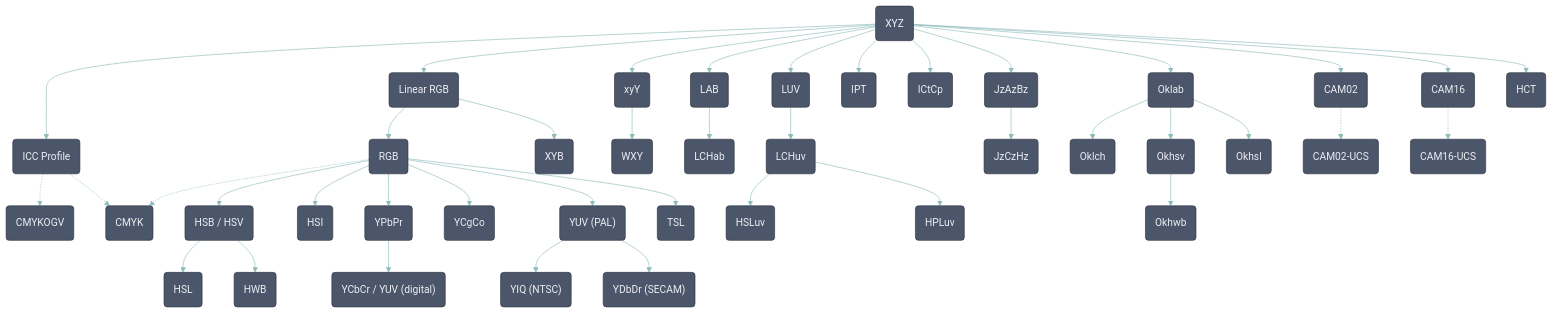
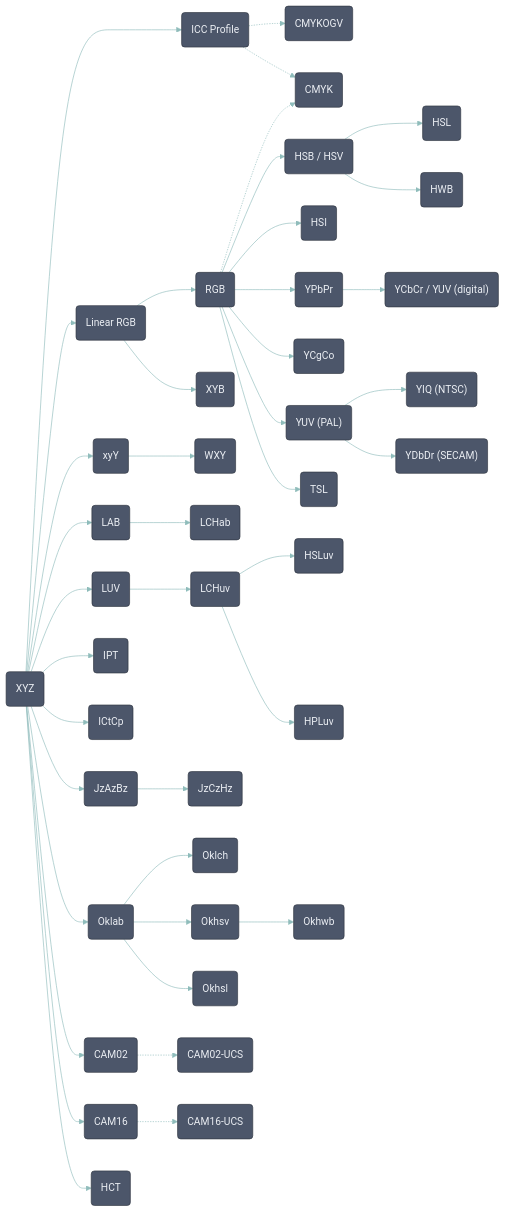
The first of 2 diagrams in README.md (waacton/Unicolour), drawn with Mermaid before and after one commit. The commit also changed other lines of this file and 7 other files, not shown here.

```diff
--- a/README.md
+++ b/README.md
@@ -195,7 +195,7 @@
   }
 }%%
 
-flowchart TD
+flowchart LR
   RGBLIN(Linear RGB)
   RGB(RGB)
   HSB(HSB / HSV)
```
